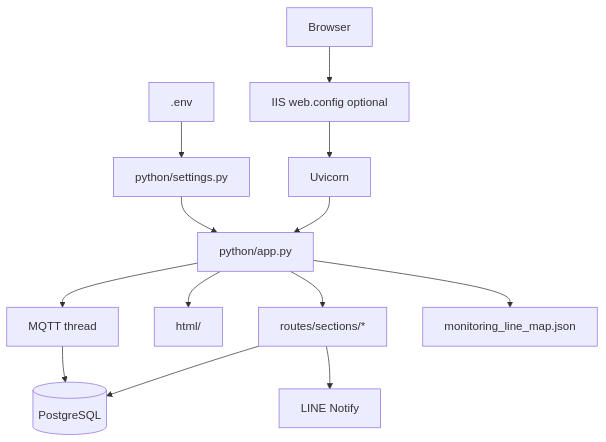
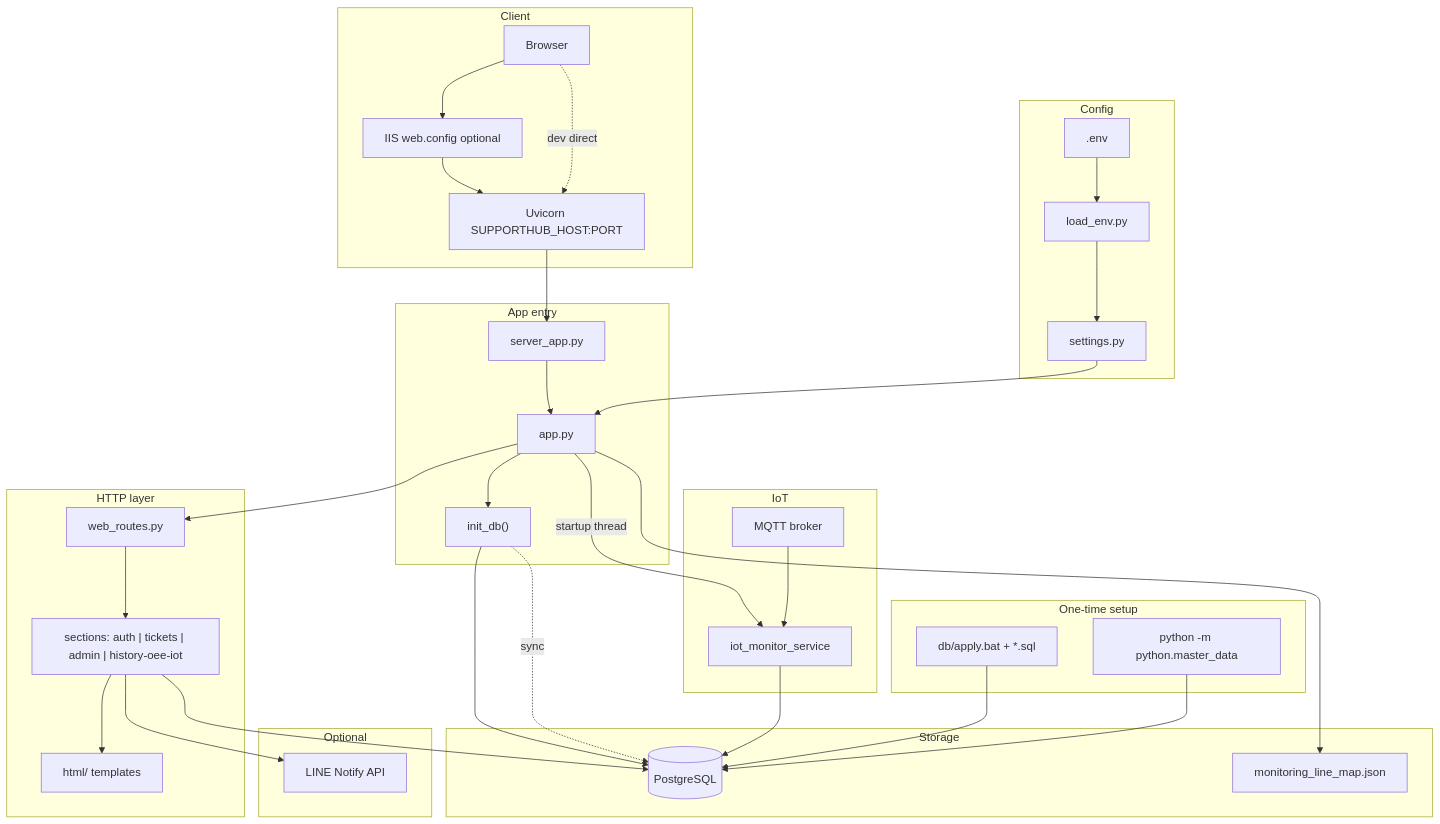
Before and after one commit to titivats/supporthub: the diagram in CODEBASE_SUMMARY.md, drawn with Mermaid. The commit also changed other lines of this file, not shown here.

````diff
--- a/CODEBASE_SUMMARY.md
+++ b/CODEBASE_SUMMARY.md
@@ -243,15 +309,62 @@
 ```mermaid
 flowchart TB
-    Browser --> IIS["IIS web.config optional"]
-    IIS --> Uvicorn["Uvicorn"]
-    Uvicorn --> FastAPI["python/app.py"]
-    FastAPI --> Routes["routes/sections/*"]
-    FastAPI --> Jinja["html/"]
-    Routes --> PG[(PostgreSQL)]
-    FastAPI --> IoT["MQTT thread"]
-    IoT --> PG
-    FastAPI --> JSON["monitoring_line_map.json"]
-    Routes --> LINE["LINE Notify"]
-    Env[".env"] --> Settings["python/settings.py"]
-    Settings --> FastAPI
+    subgraph config [Config]
+        ENV[".env"]
+        LOAD["load_env.py"]
+        SET["settings.py"]
+        ENV --> LOAD --> SET
+    end
+
+    subgraph entry [App entry]
+        SRV["server_app.py"]
+        APP["app.py"]
+        DBINIT["init_db()"]
+        SRV --> APP --> DBINIT
+        SET --> APP
+    end
+
+    subgraph client [Client]
+        Browser["Browser"]
+        IIS["IIS web.config optional"]
+        UV["Uvicorn SUPPORTHUB_HOST:PORT"]
+        Browser --> IIS --> UV
+        Browser -.->|dev direct| UV
+        UV --> SRV
+    end
+
+    subgraph http [HTTP layer]
+        WR["web_routes.py"]
+        SEC["sections: auth | tickets | admin | history-oee-iot"]
+        HTML["html/ templates"]
+        APP --> WR --> SEC --> HTML
+    end
+
+    subgraph storage [Storage]
+        PG[(PostgreSQL)]
+        JSON["monitoring_line_map.json"]
+        SEC --> PG
+        DBINIT --> PG
+        APP --> JSON
+        DBINIT -. sync .-> PG
+    end
+
+    subgraph iot [IoT]
+        MQTT["MQTT broker"]
+        IOT["iot_monitor_service"]
+        APP -->|startup thread| IOT
+        MQTT --> IOT
+        IOT --> PG
+    end
+
+    subgraph optional [Optional]
+        LINE["LINE Notify API"]
+        SEC --> LINE
+    end
+
+    subgraph setup [One-time setup]
+        SQL["db/apply.bat + *.sql"]
+        SEED["python -m python.master_data"]
+        SQL --> PG
+        SEED --> PG
+    end
 ```
````
